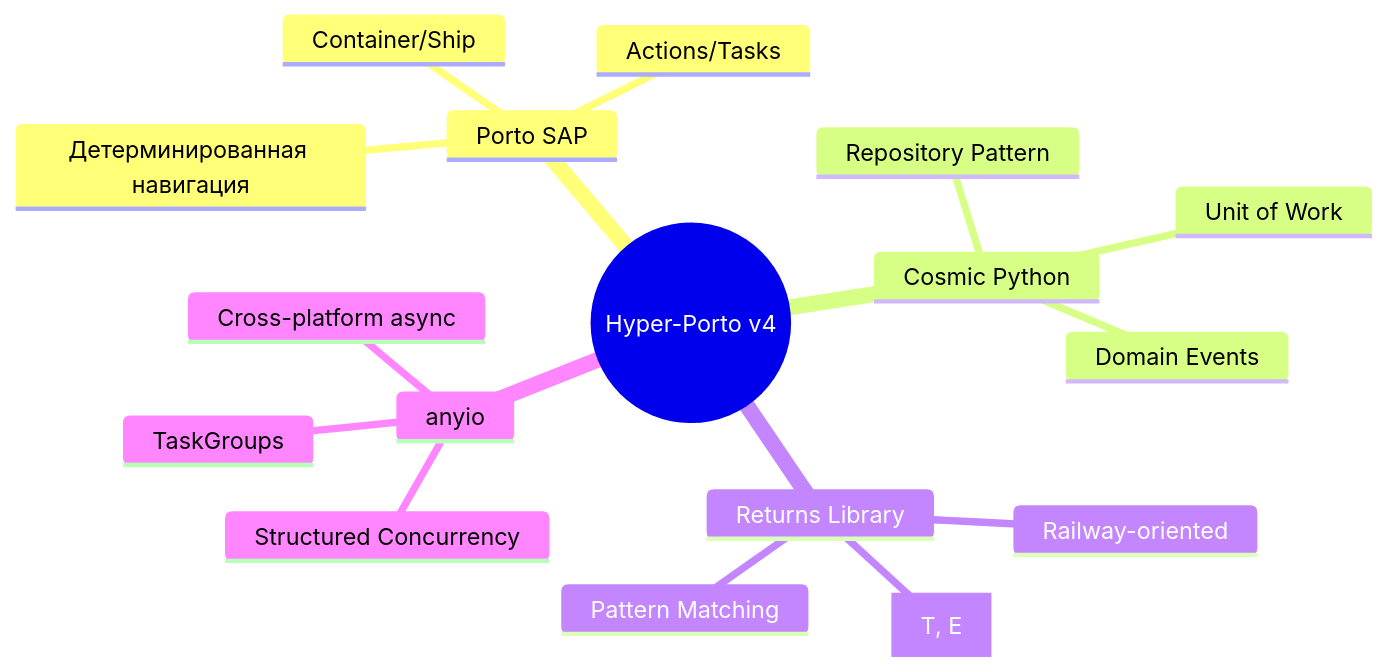
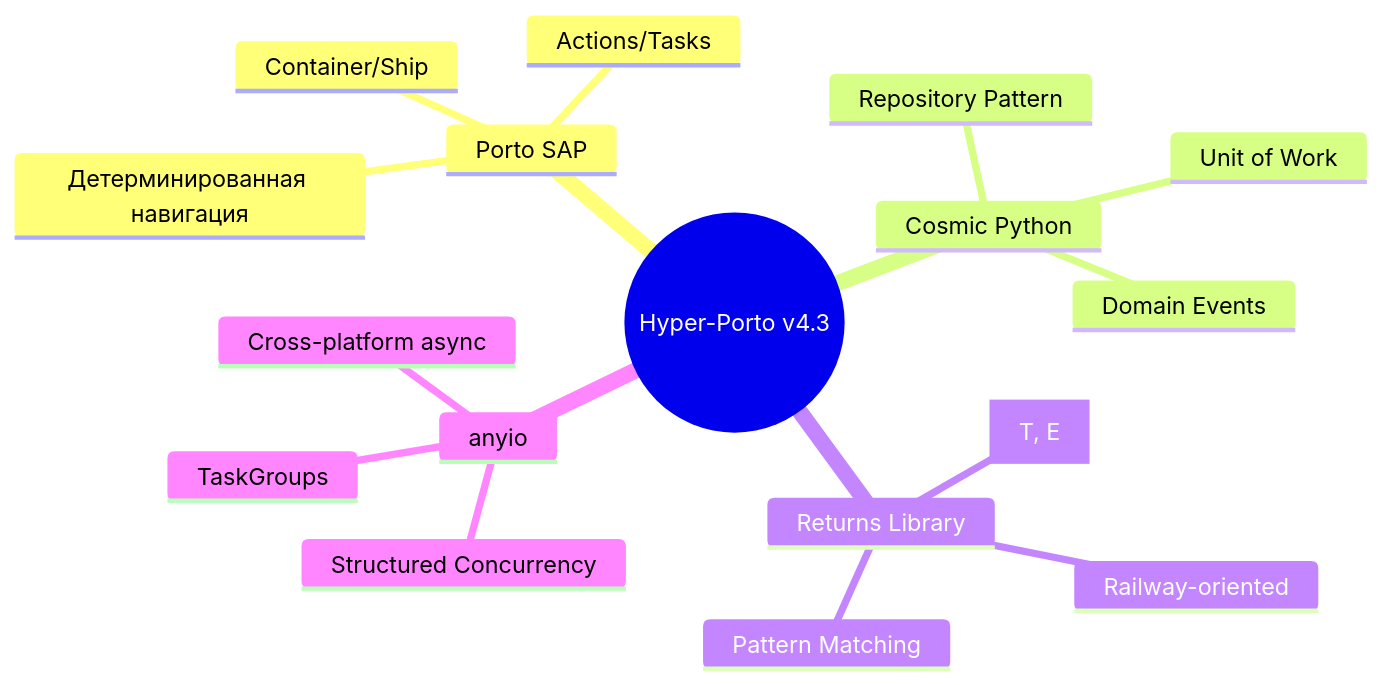
One commit to vladdd183-org/replicator changed the first of 11 diagrams in README.md. Above: the diagram before and after it, drawn with Mermaid. The commit also changed other lines of this file and 1586 other files, not shown here.

````diff
--- a/README.md
+++ b/README.md
@@ -40,20 +40,20 @@
 ```mermaid
 mindmap
-  root((Hyper-Porto v4))
+  root((Hyper-Porto v4.3))
     Porto SAP
       Container/Ship
       Actions/Tasks
       Детерминированная навигация
     Cosmic Python
       Repository Pattern
       Unit of Work
       Domain Events
     Returns Library
       Result[T, E]
       Railway-oriented
       Pattern Matching
     anyio
       Structured Concurrency
       TaskGroups
       Cross-platform async
 ```
````
